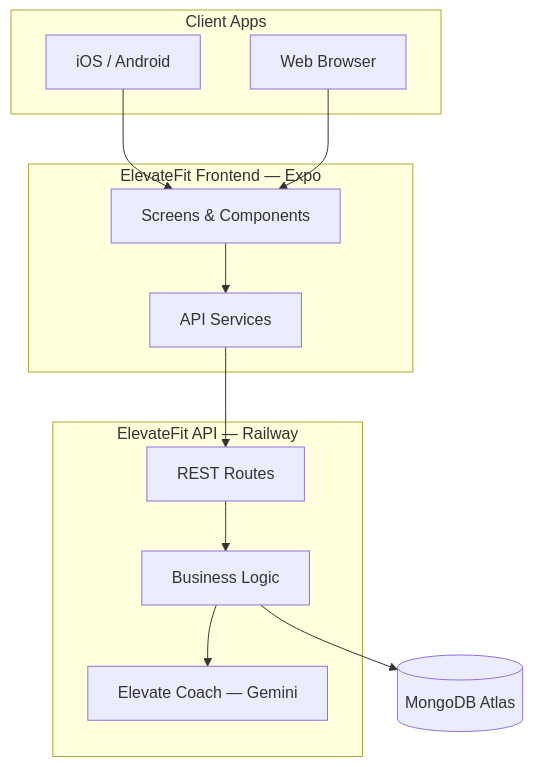
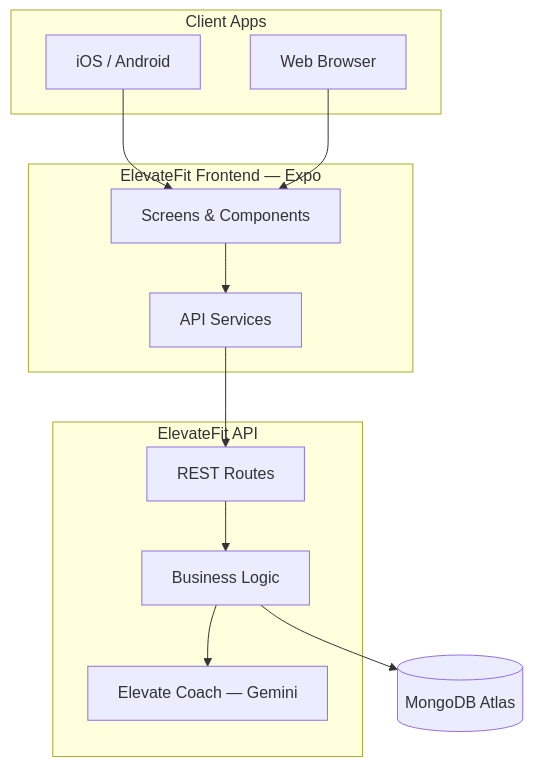
One commit to A4Asfar/Fitness-Tracking-and-Workout-management-system changed the diagram in README.md. Above: the diagram before and after it, drawn with Mermaid. The commit also changed other lines of this file and 10 other files, not shown here.

````diff
--- a/README.md
+++ b/README.md
@@ -127,28 +127,28 @@
 ```mermaid
 flowchart TB
     subgraph clients [Client Apps]
         Mobile[iOS / Android]
         Web[Web Browser]
     end
 
     subgraph frontend [ElevateFit Frontend — Expo]
         UI[Screens & Components]
         API_Client[API Services]
     end
 
-    subgraph backend [ElevateFit API — Railway]
+    subgraph backend [ElevateFit API]
         Routes[REST Routes]
         Controllers[Business Logic]
         AI[Elevate Coach — Gemini]
     end
 
     DB[(MongoDB Atlas)]
 
     Mobile --> UI
     Web --> UI
     UI --> API_Client
     API_Client --> Routes
     Routes --> Controllers
     Controllers --> DB
     Controllers --> AI
 ```
````
